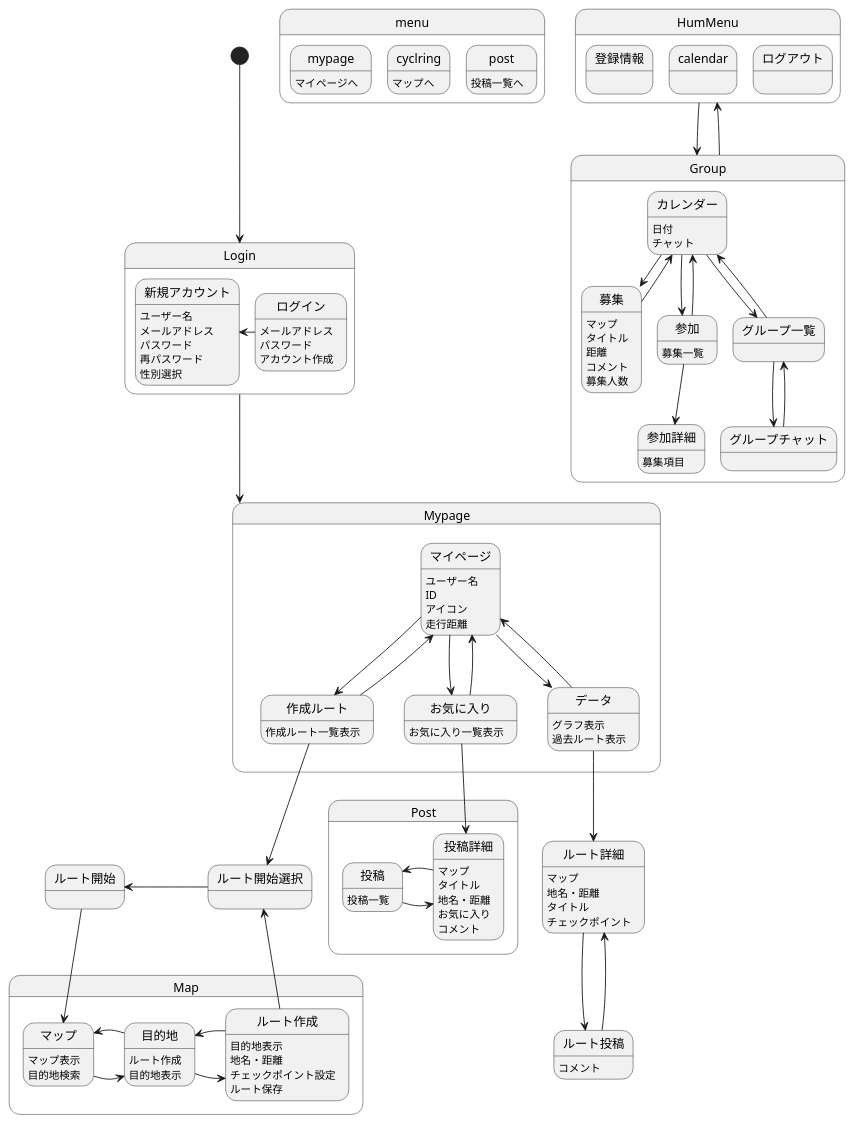
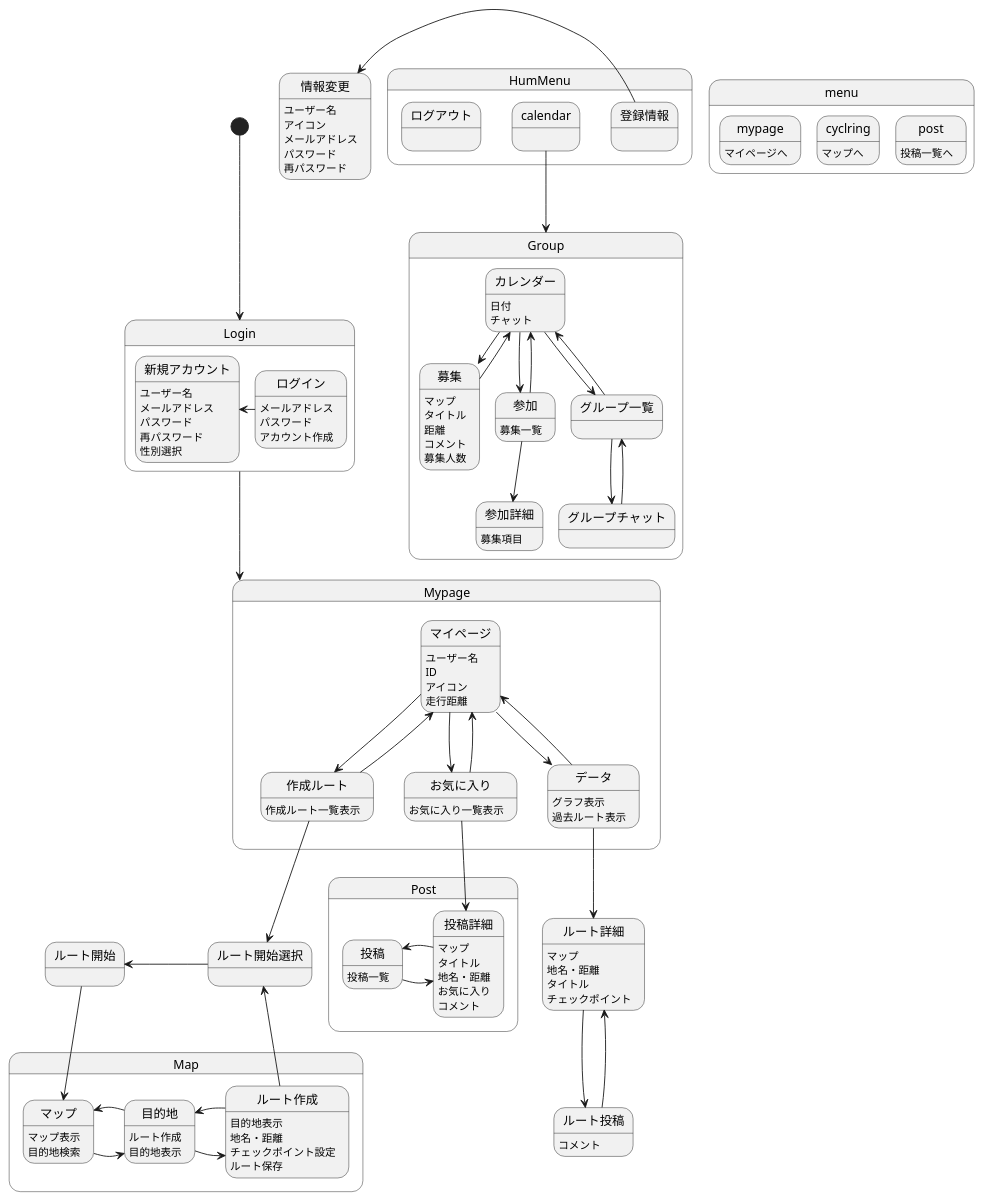
Before and after one commit to AsoSD3A3/CyclingSystem: the diagram in 画面遷移図/gm.md, drawn with PlantUML.

```diff
--- a/画面遷移図/gm.md
+++ b/画面遷移図/gm.md
@@ -13,8 +13,14 @@
 ログアウト:
 }
 
-HumMenu-down->Group
-Group-->HumMenu
+登録情報-left->情報変更
+情報変更:ユーザー名
+情報変更:アイコン
+情報変更:メールアドレス
+情報変更:パスワード
+情報変更:再パスワード
+calendar-down->Group
+
 
 state Group{
 カレンダー:日付
```
